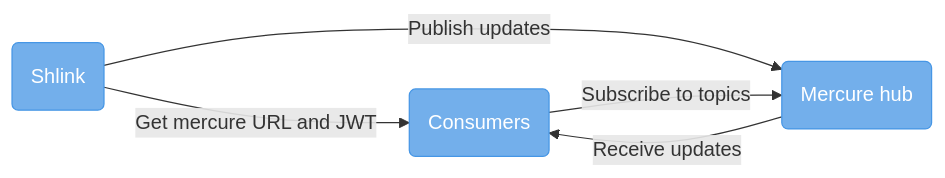
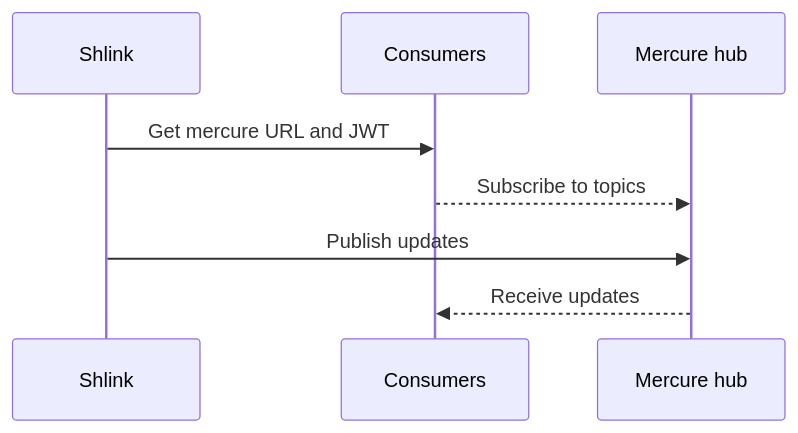
The diagram in src/content/documentation/advanced/real-time-updates.mdx (shlinkio/shlink.io), drawn with Mermaid before and after one commit. The commit also changed 1 other file, not shown here.

Commit message:
Migrated to sequence diagram to illustrate how Shlink and mercure integrate

````diff
--- a/src/content/documentation/advanced/real-time-updates.mdx
+++ b/src/content/documentation/advanced/real-time-updates.mdx
@@ -52,8 +52,7 @@
 ```mermaid
-flowchart LR;
-    Shlink(Shlink):::shlinkStyle-->|Get mercure URL and JWT|Consumers(Consumers)
-    Shlink(Shlink)-->|Publish updates|Mercure("Mercure hub")
-    Consumers(Consumers):::shlinkStyle-->|Subscribe to topics|Mercure("Mercure hub")
-    Mercure("Mercure hub"):::shlinkStyle-->|Receive updates|Consumers(Consumers)
-    classDef shlinkStyle fill:#73afeb,color:#fff,stroke:#4696e5
+sequenceDiagram
+    Shlink->>Consumers: Get mercure URL and JWT
+    Consumers-->>Mercure hub: Subscribe to topics
+    Shlink->>Mercure hub: Publish updates
+    Mercure hub-->>Consumers: Receive updates
 ```
````
